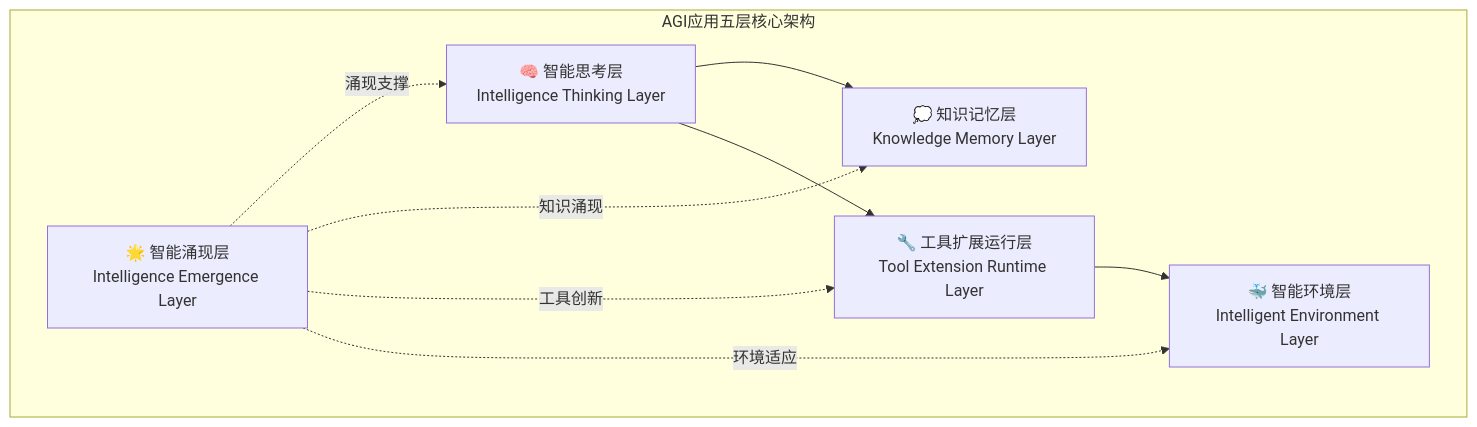
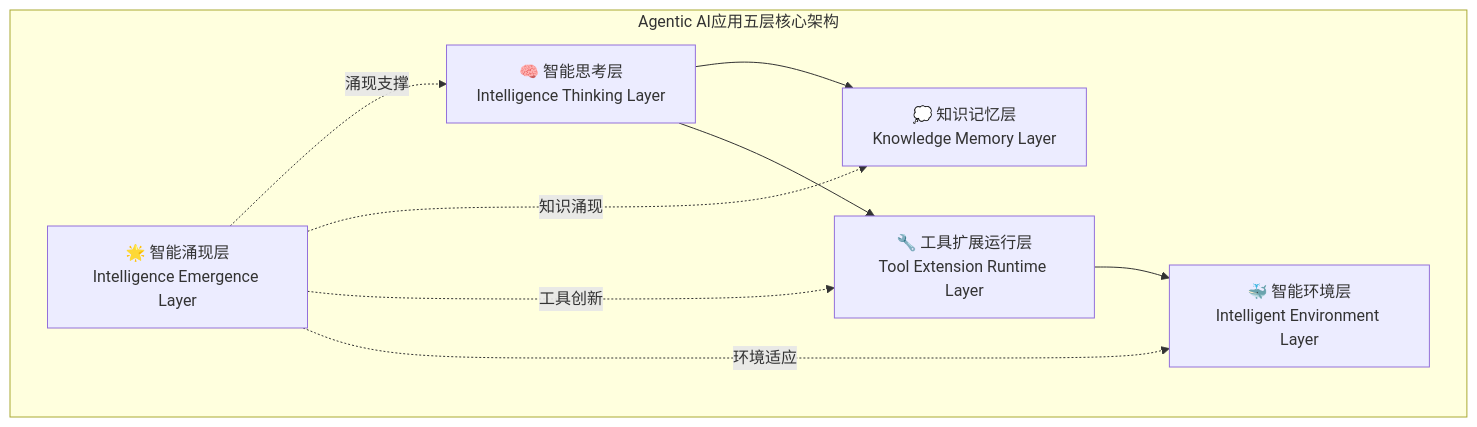
One commit to youyoude/agi-app-dev-guide-book changed the seventh of 9 diagrams in 前言部分/从多智能体到AGI应用概念探索.md. Above: the diagram before and after it, drawn with Mermaid. The commit also changed other lines of this file, not shown here.

````diff
--- a/前言部分/从多智能体到AGI应用概念探索.md
+++ b/前言部分/从多智能体到AGI应用概念探索.md
@@ -387,19 +387,19 @@
 ```mermaid
 graph TB
-    subgraph "AGI应用五层核心架构"
+    subgraph "Agentic AI应用五层核心架构"
         IE["🌟 智能涌现层<br/>Intelligence Emergence Layer"]
         IT["🧠 智能思考层<br/>Intelligence Thinking Layer"]
         KM["💭 知识记忆层<br/>Knowledge Memory Layer"]
         TR["🔧 工具扩展运行层<br/>Tool Extension Runtime Layer"]
         ENV["🐳 智能环境层<br/>Intelligent Environment Layer"]
     end
     
     IE -.->|涌现支撑| IT
     IE -.->|知识涌现| KM  
     IE -.->|工具创新| TR
     IE -.->|环境适应| ENV
     
     IT --> KM
     IT --> TR
     TR --> ENV
 ```
````
